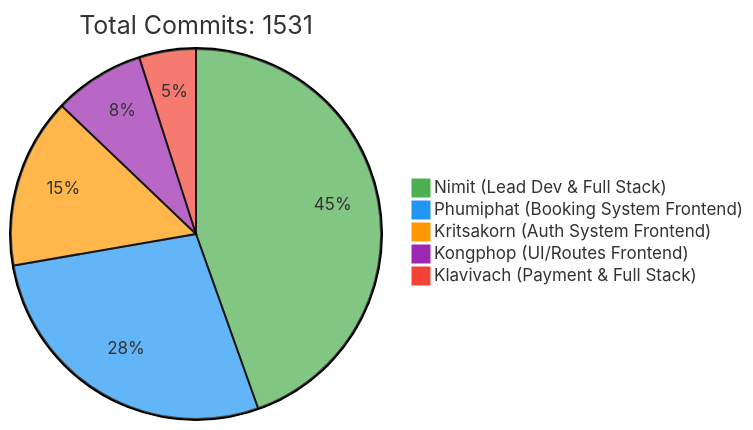
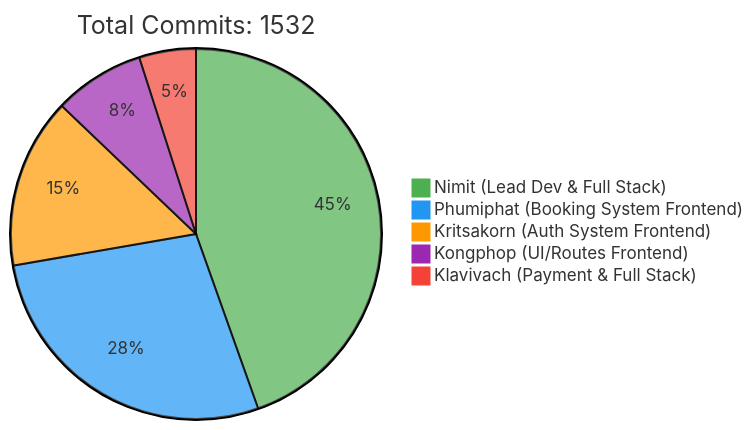
The first of 2 diagrams in README.md (6531503042/Sport-Complex), drawn with Mermaid before and after one commit. The commit also changed other lines of this file, not shown here.

Commit message:
docs: Update contributor statistics [skip ci]

````diff
--- a/README.md
+++ b/README.md
@@ -257,10 +257,10 @@
 ```mermaid
 %%{init: {'theme': 'base', 'themeVariables': { 'pie1': '#4CAF50', 'pie2': '#2196F3', 'pie3': '#FF9800', 'pie4': '#9C27B0', 'pie5': '#F44336'}}}%%
 pie
-    title Total Commits: 1531
+    title Total Commits: 1532
     "Nimit (Lead Dev & Full Stack)" : 450
     "Phumiphat (Booking System Frontend)" : 280
     "Kritsakorn (Auth System Frontend)" : 150
     "Kongphop (UI/Routes Frontend)" : 80
     "Klavivach (Payment & Full Stack)" : 50
 ```
````
